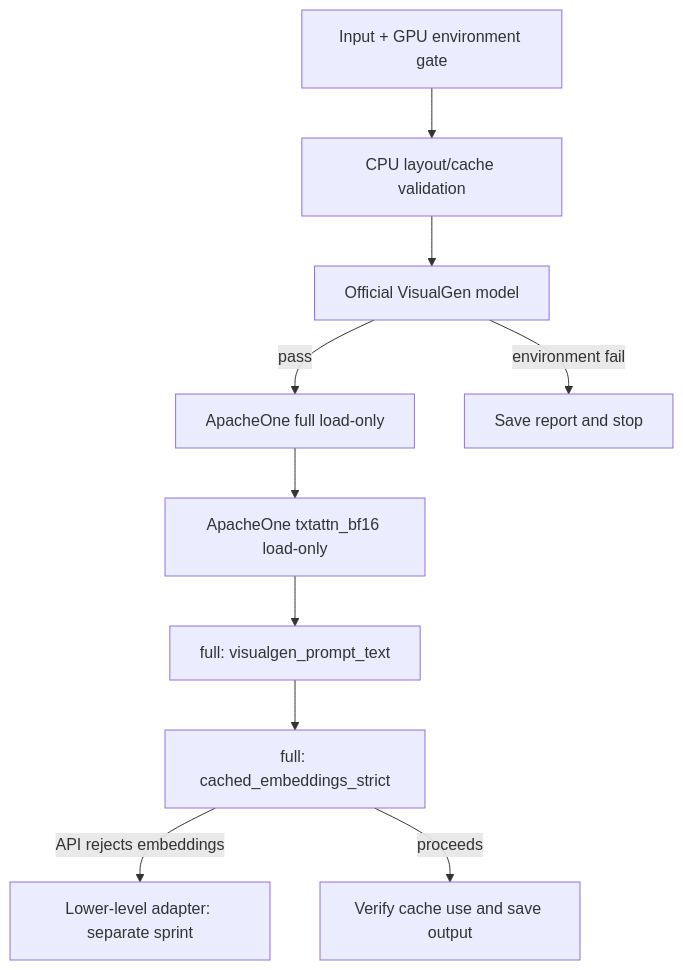
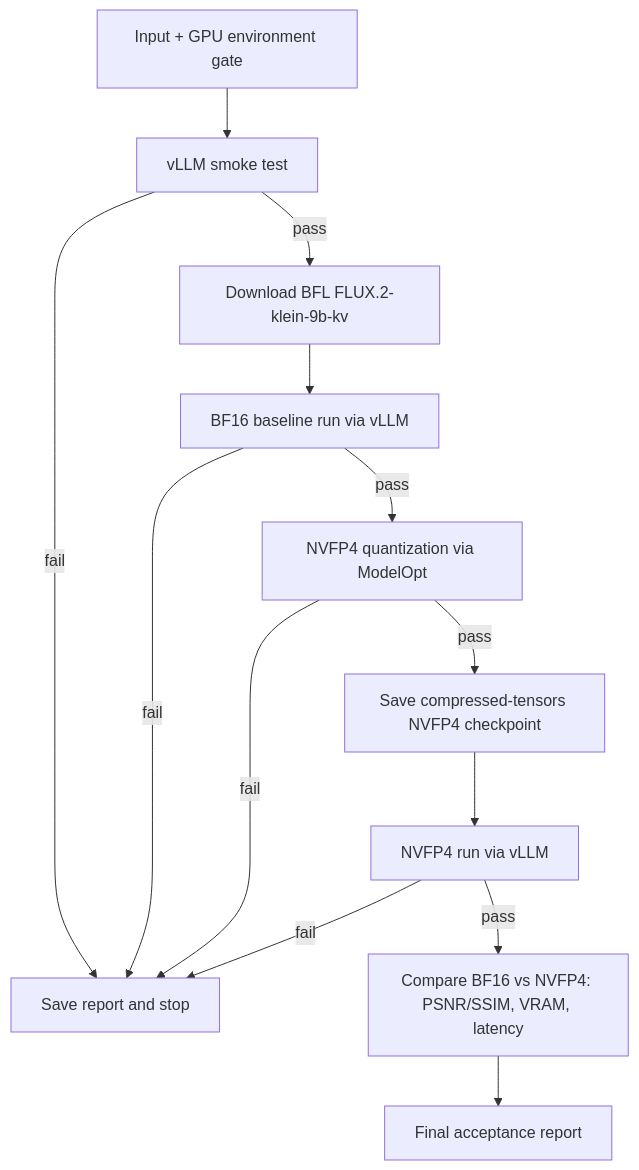
The diagram in workflow.md (ChudoPes13/Flux2_KV_26_04), drawn with Mermaid before and after one commit. The commit also changed other lines of this file and 24 other files, not shown here.

````diff
--- a/workflow.md
+++ b/workflow.md
@@ -139,12 +139,15 @@
 ```mermaid
 flowchart TD
-    A[Input + GPU environment gate] --> B[CPU layout/cache validation]
-    B --> C[Official VisualGen model]
-    C -->|pass| D[ApacheOne full load-only]
-    C -->|environment fail| X[Save report and stop]
-    D --> E[ApacheOne txtattn_bf16 load-only]
-    E --> F[full: visualgen_prompt_text]
-    F --> G[full: cached_embeddings_strict]
-    G -->|API rejects embeddings| H[Lower-level adapter: separate sprint]
-    G -->|proceeds| I[Verify cache use and save output]
+    A[Input + GPU environment gate] --> V[vLLM smoke test]
+    V -->|pass| D[Download BFL FLUX.2-klein-9b-kv]
+    V -->|fail| X[Save report and stop]
+    D --> B[BF16 baseline run via vLLM]
+    B -->|pass| Q[NVFP4 quantization via ModelOpt]
+    B -->|fail| X
+    Q -->|pass| L[Save compressed-tensors NVFP4 checkpoint]
+    Q -->|fail| X
+    L --> N[NVFP4 run via vLLM]
+    N -->|pass| C[Compare BF16 vs NVFP4: PSNR/SSIM, VRAM, latency]
+    N -->|fail| X
+    C --> O[Final acceptance report]
 ```
````
